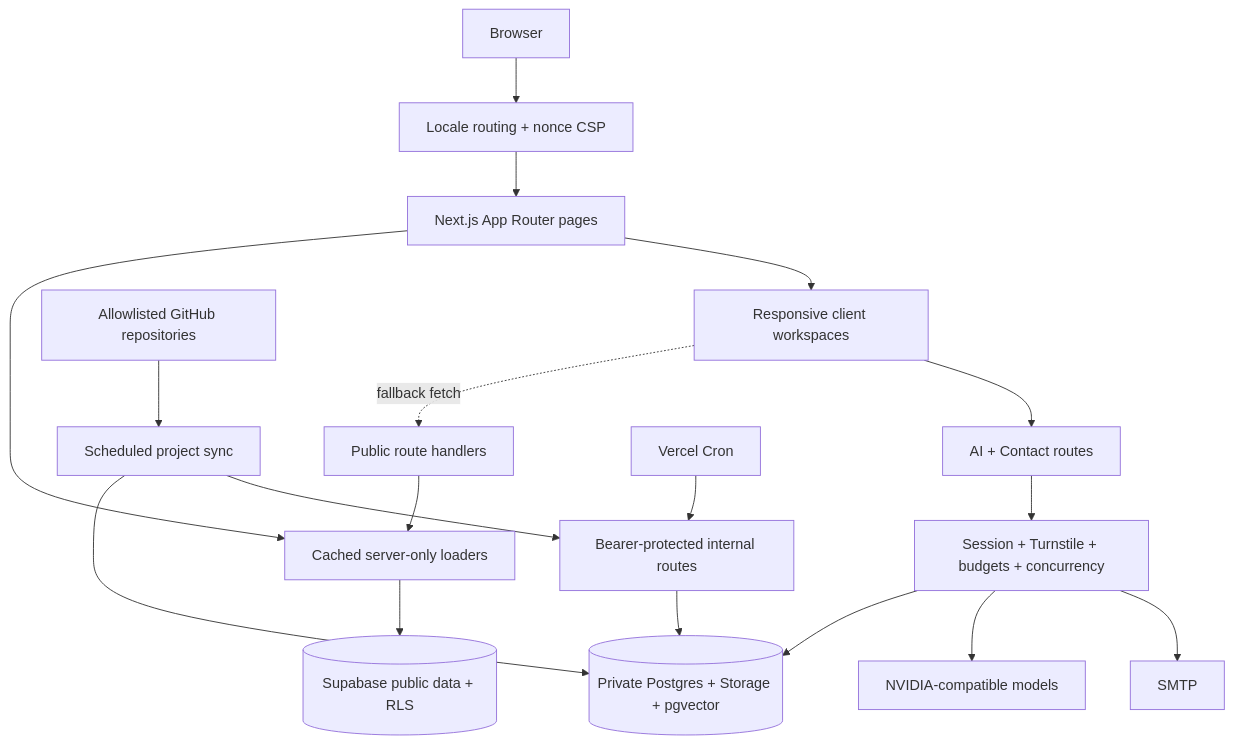
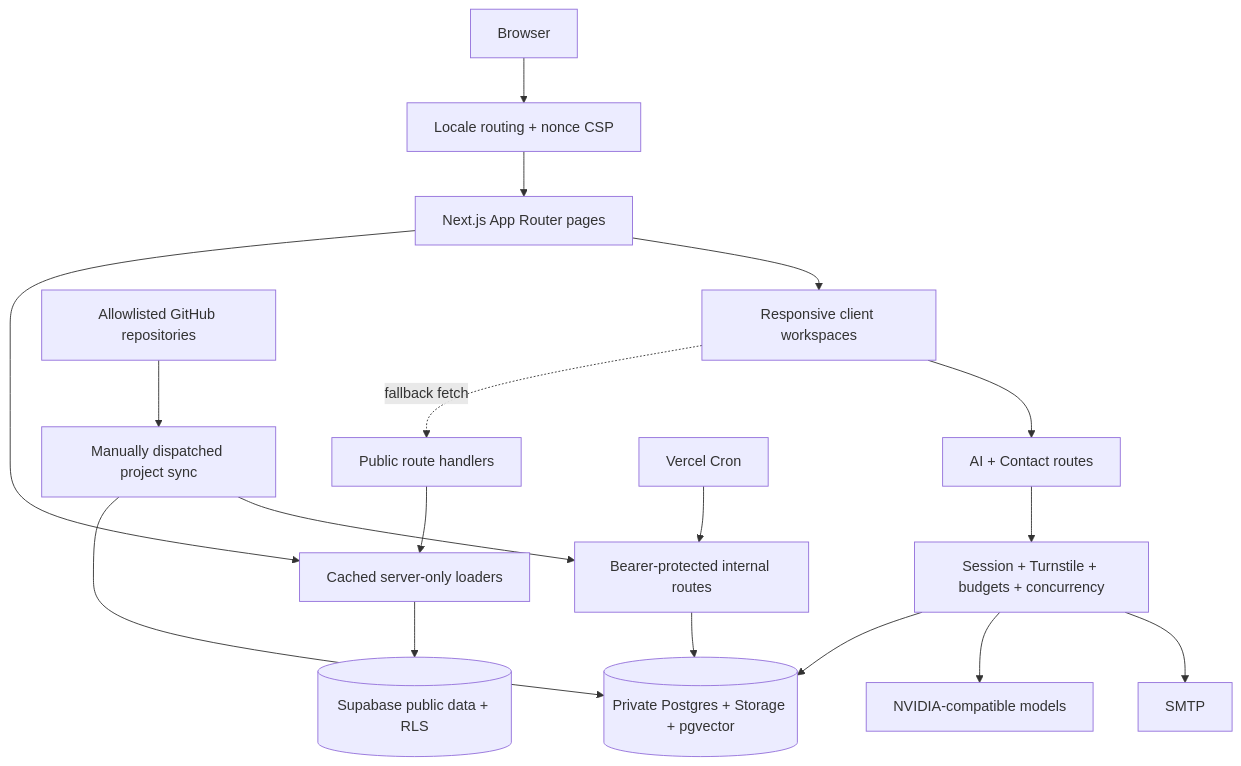
Before and after one commit to Mouaz7/portfolio-: the diagram in README.md, drawn with Mermaid. The commit also changed other lines of this file and 131 other files, not shown here.

````diff
--- a/README.md
+++ b/README.md
@@ -105,22 +107,22 @@
 ```mermaid
 flowchart TD
   Browser[Browser] --> Middleware[Locale routing + nonce CSP]
   Middleware --> Pages[Next.js App Router pages]
   Pages --> Loaders[Cached server-only loaders]
   Loaders --> PublicData[(Supabase public data + RLS)]
   Pages --> UI[Responsive client workspaces]
   UI -. fallback fetch .-> PublicAPI[Public route handlers]
   PublicAPI --> Loaders
 
   UI --> ProtectedAPI[AI + Contact routes]
   ProtectedAPI --> Protection[Session + Turnstile + budgets + concurrency]
   Protection --> PrivateData[(Private Postgres + Storage + pgvector)]
   Protection --> Models[NVIDIA-compatible models]
   Protection --> Mail[SMTP]
 
-  GitHub[Allowlisted GitHub repositories] --> Sync[Scheduled project sync]
+  GitHub[Allowlisted GitHub repositories] --> Sync[Manually dispatched project sync]
   Cron[Vercel Cron] --> Internal[Bearer-protected internal routes]
   Sync --> PrivateData
   Sync --> Internal
   Internal --> PrivateData
 ```
````
